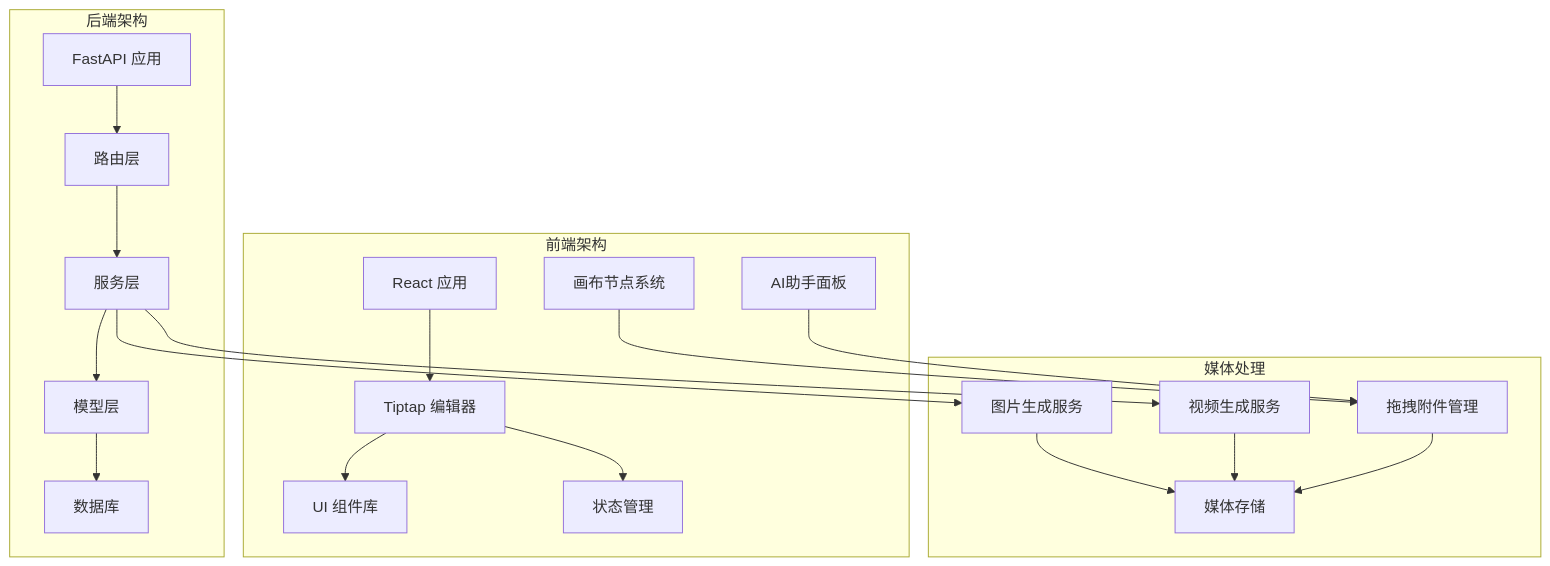
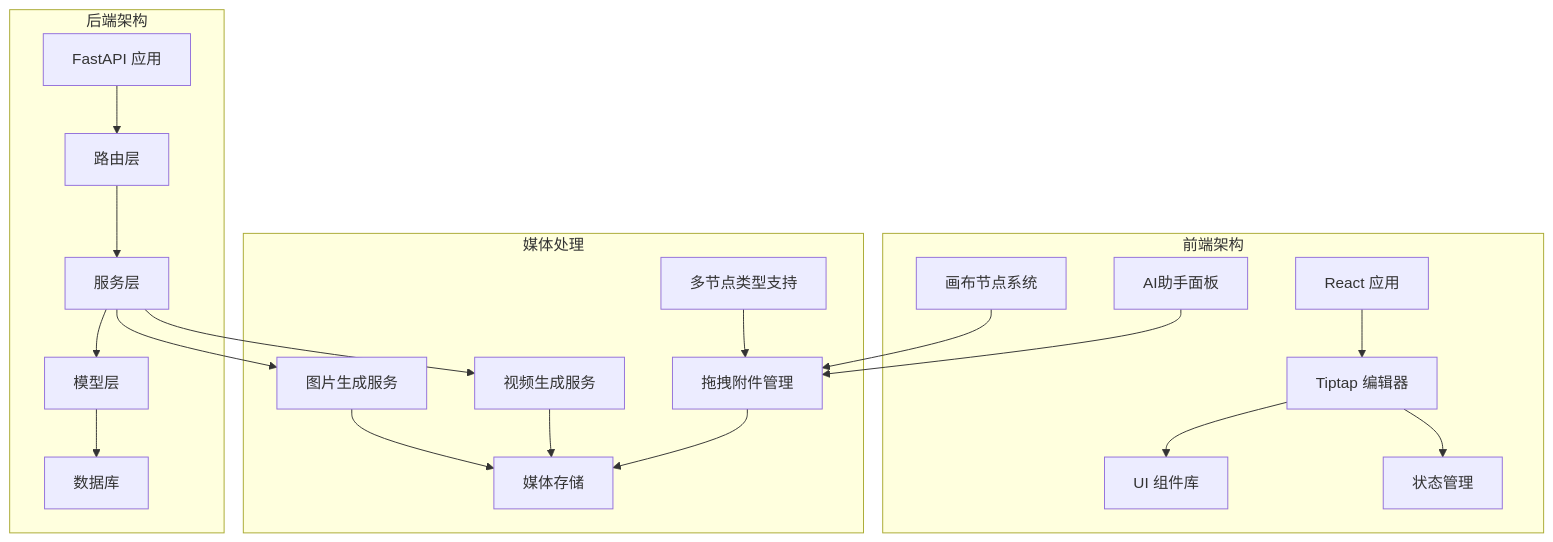
One commit to KunLabAI/KunFlix changed the first of 15 diagrams in .qoder/repowiki/zh/content/前端应用架构/UI组件库/画布组件系统/AI助手面板/多图片支持增强.md. Above: the diagram before and after it, drawn with Mermaid. The commit also changed other lines of this file and 14 other files, not shown here.

````diff
--- a/.qoder/repowiki/zh/content/前端应用架构/UI组件库/画布组件系统/AI助手面板/多图片支持增强.md
+++ b/.qoder/repowiki/zh/content/前端应用架构/UI组件库/画布组件系统/AI助手面板/多图片支持增强.md
@@ -56,38 +62,40 @@
 ```mermaid
 graph TB
 subgraph "后端架构"
 A[FastAPI 应用]
 B[路由层]
 C[服务层]
 D[模型层]
 E[数据库]
 end
 subgraph "前端架构"
 F[React 应用]
 G[Tiptap 编辑器]
 H[UI 组件库]
 I[状态管理]
 J[画布节点系统]
 K[AI助手面板]
 end
 subgraph "媒体处理"
 L[图片生成服务]
 M[视频生成服务]
 N[媒体存储]
 O[拖拽附件管理]
+P[多节点类型支持]
 end
 A --> B
 B --> C
 C --> D
 D --> E
 F --> G
 G --> H
 G --> I
 C --> L
 C --> M
 J --> O
 K --> O
 L --> N
 M --> N
 O --> N
+P --> O
 ```
````
